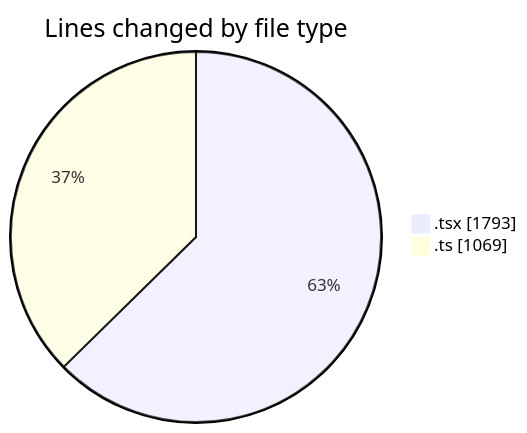
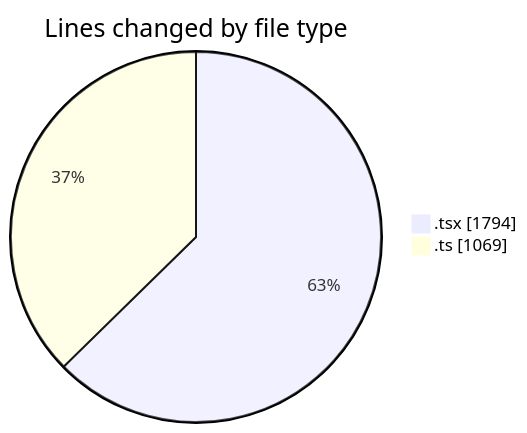
The first of 2 diagrams in 2026-02-20/nxtqube_webapp/README.md (nxtqubesakshisongat/code-tracking), drawn with Mermaid before and after one commit. The commit also changed other lines of this file and 1 other file, not shown here.

````diff
--- a/2026-02-20/nxtqube_webapp/README.md
+++ b/2026-02-20/nxtqube_webapp/README.md
@@ -29,6 +29,6 @@
 ```mermaid
 pie showData
 title Lines changed by file type
-".tsx" : 1793
+".tsx" : 1794
 ".ts" : 1069
 ```
````
